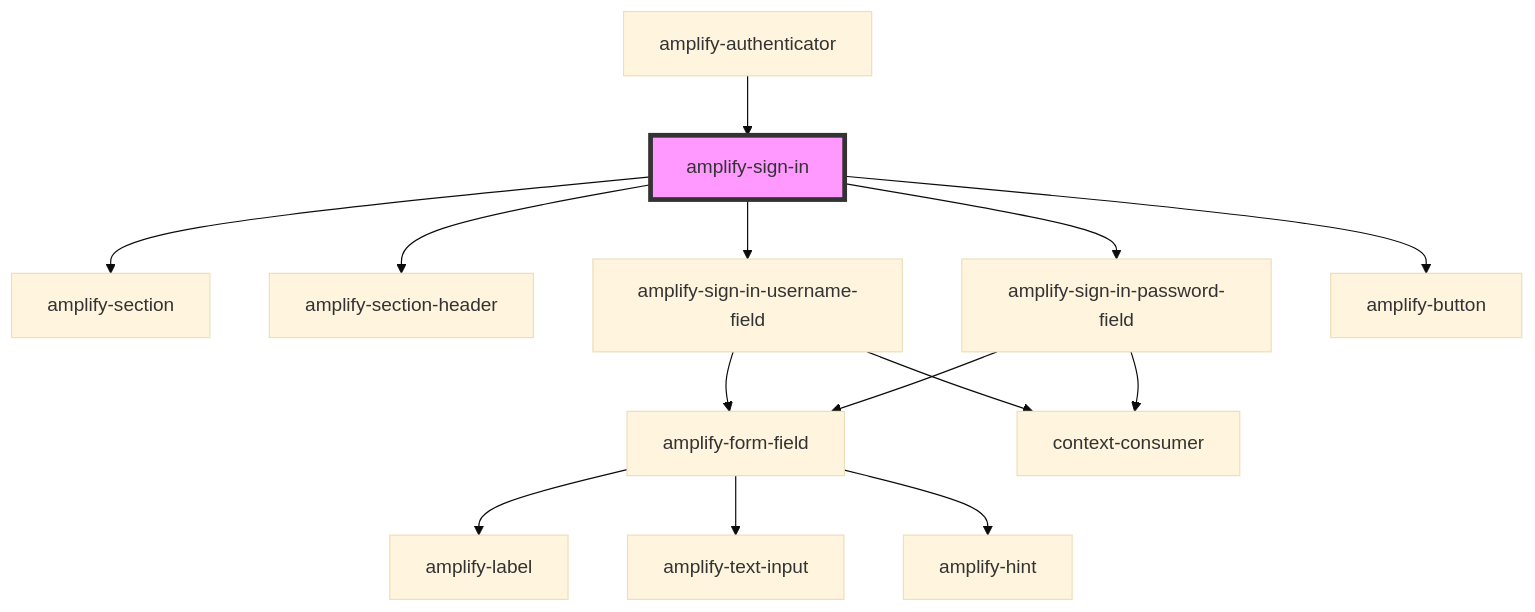
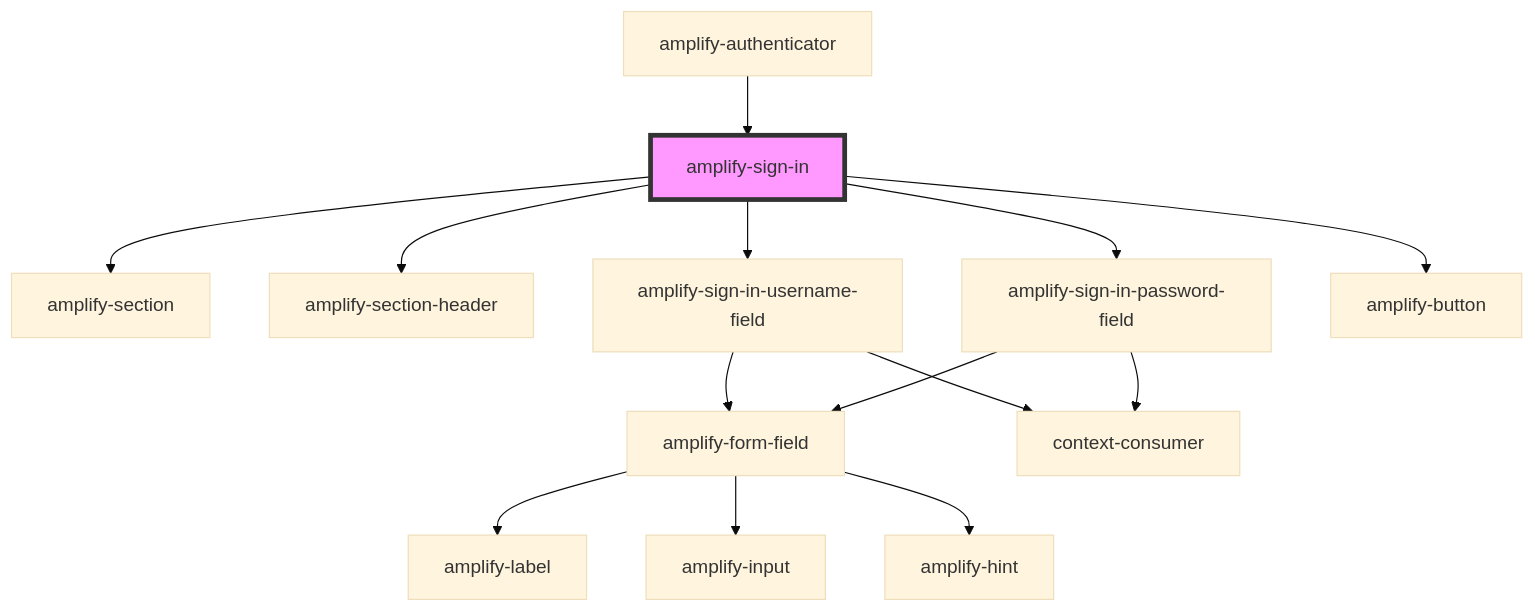
Before and after one commit to OneDev0411/amplify-js: the diagram in packages/amplify-ui-components/src/components/amplify-sign-in/readme.md, drawn with Mermaid (base theme). The commit also changed 19 other files, not shown here.

Commit message:
AmplifyTextField & AmplifyTextInput -> AmplifyField & AmplifyInput Also removed inputProps in favor of individual props and fixed accessibility issue

````diff
--- a/packages/amplify-ui-components/src/components/amplify-sign-in/readme.md
+++ b/packages/amplify-ui-components/src/components/amplify-sign-in/readme.md
@@ -31,17 +31,17 @@
 ```mermaid
 graph TD;
   amplify-sign-in --> amplify-section
   amplify-sign-in --> amplify-section-header
   amplify-sign-in --> amplify-sign-in-username-field
   amplify-sign-in --> amplify-sign-in-password-field
   amplify-sign-in --> amplify-button
   amplify-sign-in-username-field --> amplify-form-field
   amplify-sign-in-username-field --> context-consumer
   amplify-form-field --> amplify-label
-  amplify-form-field --> amplify-text-input
+  amplify-form-field --> amplify-input
   amplify-form-field --> amplify-hint
   amplify-sign-in-password-field --> amplify-form-field
   amplify-sign-in-password-field --> context-consumer
   amplify-authenticator --> amplify-sign-in
   style amplify-sign-in fill:#f9f,stroke:#333,stroke-width:4px
 ```
````
